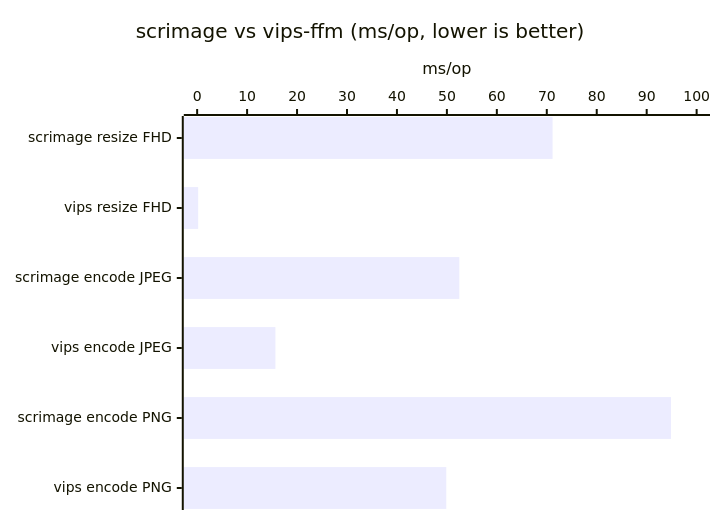
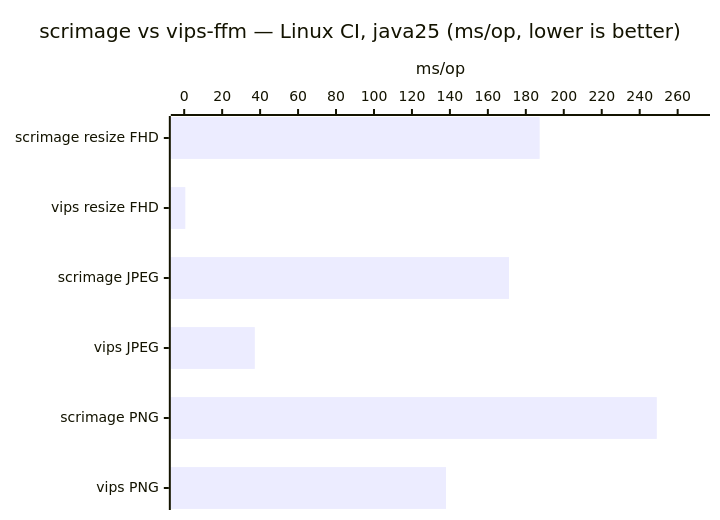
Before and after one commit to bluetape4k/bluetape4k-projects: the second of 2 diagrams in images/images-vips-java25/README.md, drawn with Mermaid. The commit also changed other lines of this file and 4 other files, not shown here.

````diff
--- a/images/images-vips-java25/README.md
+++ b/images/images-vips-java25/README.md
@@ -485,7 +485,7 @@
 ```mermaid
 xychart-beta horizontal
-    title "scrimage vs vips-ffm (ms/op, lower is better)"
-    x-axis ["scrimage resize FHD", "vips resize FHD", "scrimage encode JPEG", "vips encode JPEG", "scrimage encode PNG", "vips encode PNG"]
-    y-axis "ms/op" 0 --> 100
-    bar [71.16, 0.20, 52.49, 15.67, 94.87, 49.88]
+    title "scrimage vs vips-ffm — Linux CI, java25 (ms/op, lower is better)"
+    x-axis ["scrimage resize FHD", "vips resize FHD", "scrimage JPEG", "vips JPEG", "scrimage PNG", "vips PNG"]
+    y-axis "ms/op" 0 --> 270
+    bar [187.29, 0.59, 171.16, 37.20, 249.01, 137.95]
 ```
````
